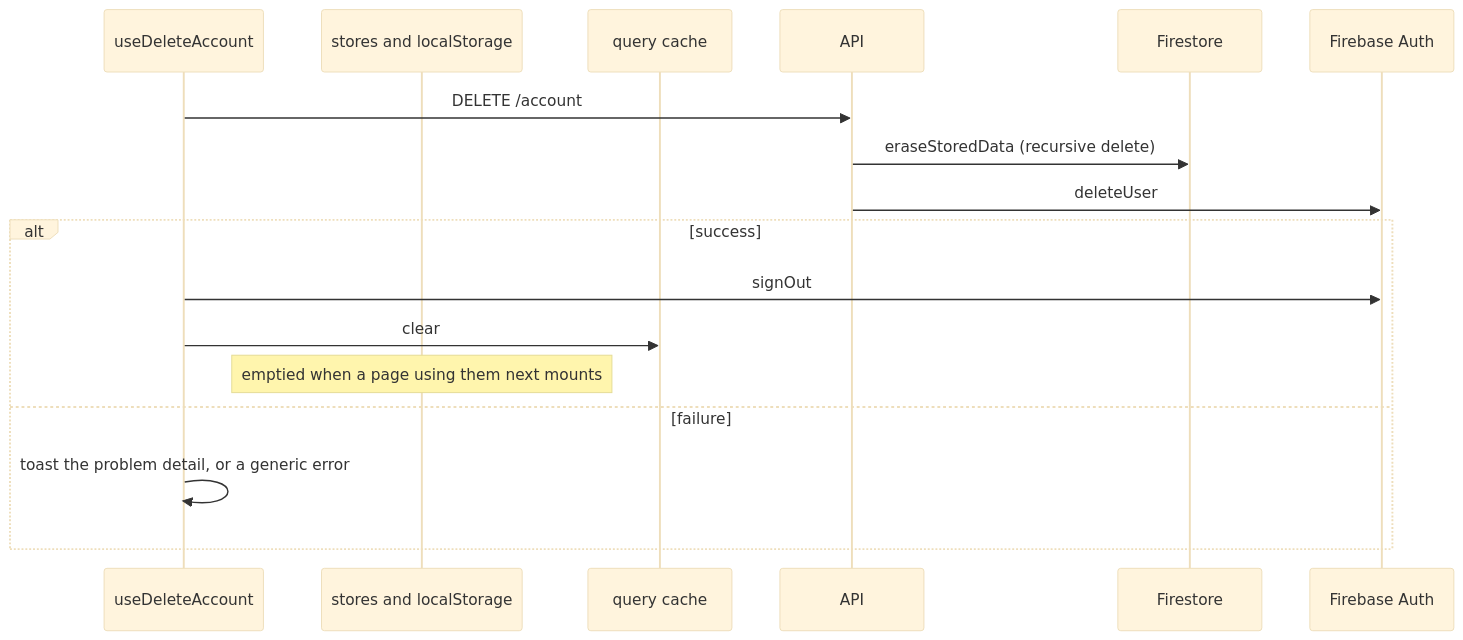
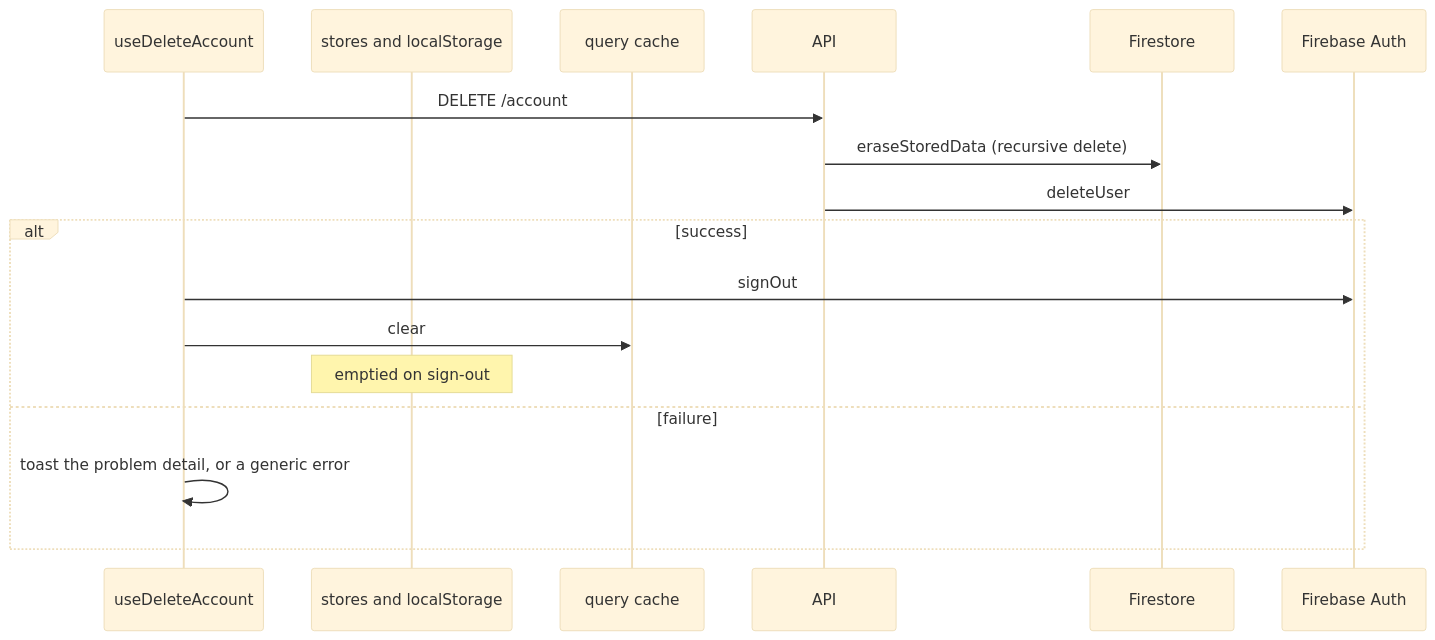
One commit to dungeon-studio/genshin.dungeon.studio changed the fourth of 4 diagrams in docs/reference/data-flow-write-paths.md. Above: the diagram before and after it, drawn with Mermaid (base theme). The commit also changed other lines of this file and 11 other files, not shown here.

First line of the commit message:
fix(web): clear user data only when signing out (#1876)

````diff
--- a/docs/reference/data-flow-write-paths.md
+++ b/docs/reference/data-flow-write-paths.md
@@ -153,20 +153,20 @@
 ```mermaid
 sequenceDiagram
   participant Hook as useDeleteAccount
   participant Stores as stores and localStorage
   participant Cache as query cache
   participant API as API
   participant FS as Firestore
   participant FA as Firebase Auth
 
   Hook->>API: DELETE /account
   API->>FS: eraseStoredData (recursive delete)
   API->>FA: deleteUser
   alt success
     Hook->>FA: signOut
     Hook->>Cache: clear
-    Note over Stores: emptied when a page using them next mounts
+    Note over Stores: emptied on sign-out
   else failure
     Hook->>Hook: toast the problem detail, or a generic error
   end
 ```
````
